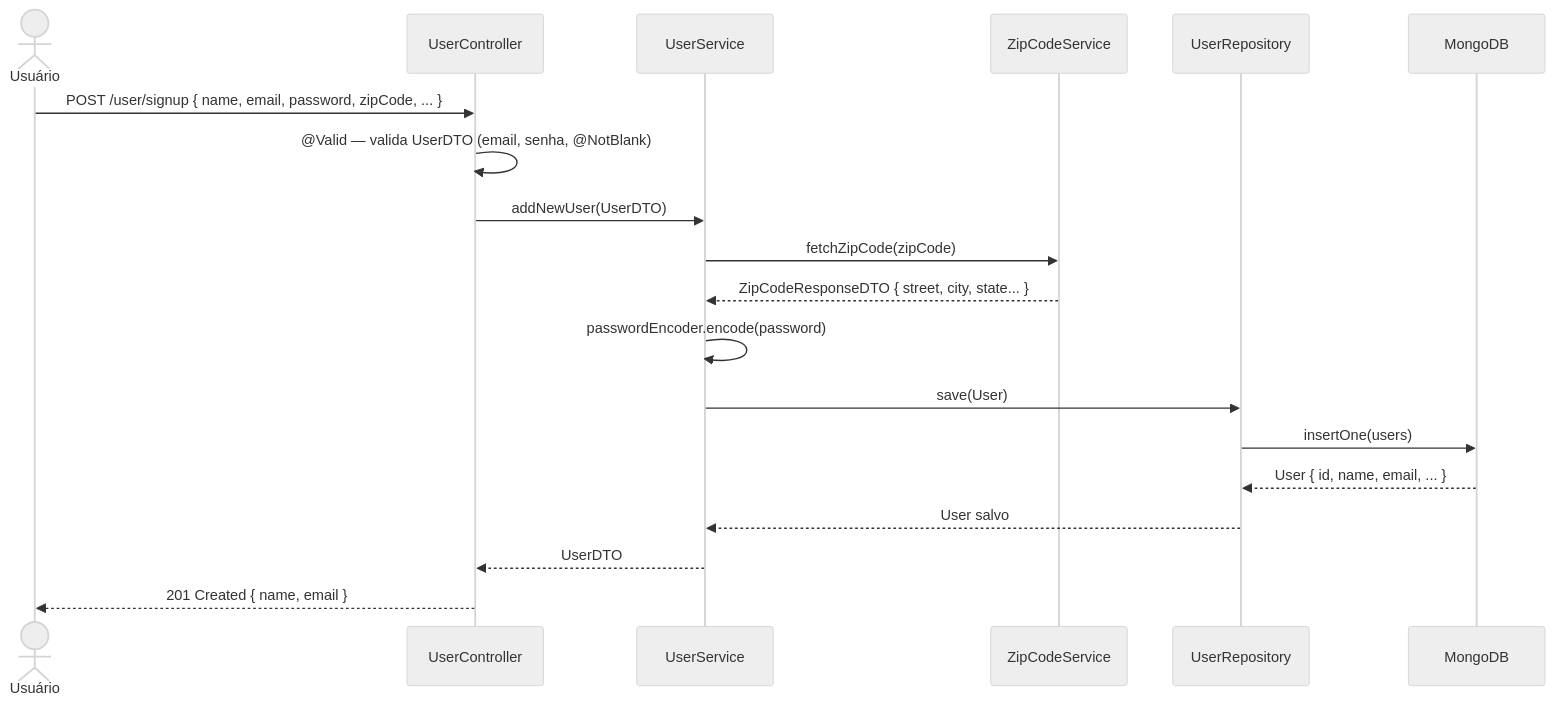
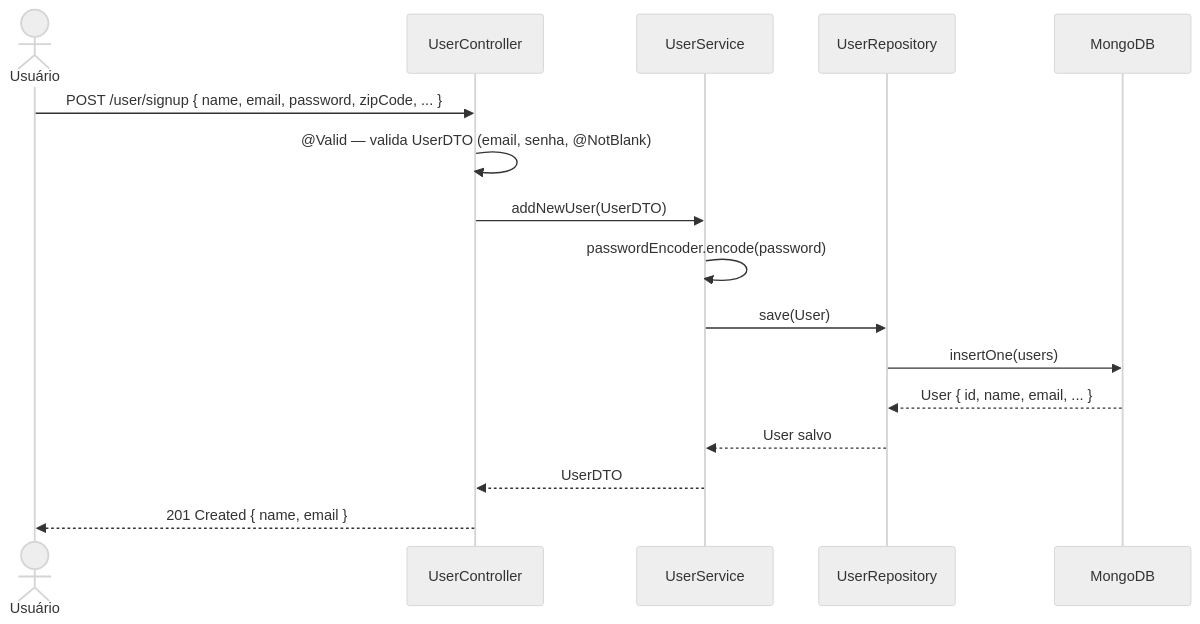
The first of 7 diagrams in RTM.md (Erick-Badaro/MyLibrary), drawn with Mermaid (neutral theme) before and after one commit.

Commit message:
Remove ZipCodeService from signup sequence diagram
Removed ZipCodeService interactions from user signup sequence diagram.

````diff
--- a/RTM.md
+++ b/RTM.md
@@ -23,22 +23,19 @@
 ```mermaid
 sequenceDiagram
     actor U as Usuário
     participant C as UserController
     participant S as UserService
-    participant Z as ZipCodeService
     participant R as UserRepository
     participant DB as MongoDB
 
     U->>C: POST /user/signup { name, email, password, zipCode, ... }
     C->>C: @Valid — valida UserDTO (email, senha, @NotBlank)
     C->>S: addNewUser(UserDTO)
-    S->>Z: fetchZipCode(zipCode)
-    Z-->>S: ZipCodeResponseDTO { street, city, state... }
     S->>S: passwordEncoder.encode(password)
     S->>R: save(User)
     R->>DB: insertOne(users)
     DB-->>R: User { id, name, email, ... }
     R-->>S: User salvo
     S-->>C: UserDTO
     C-->>U: 201 Created { name, email }
 ```
````
